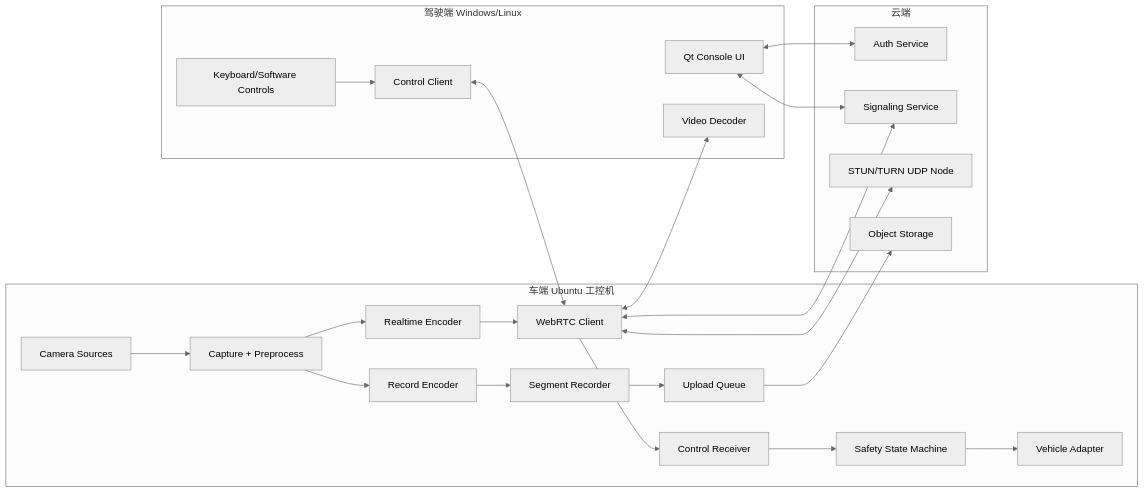
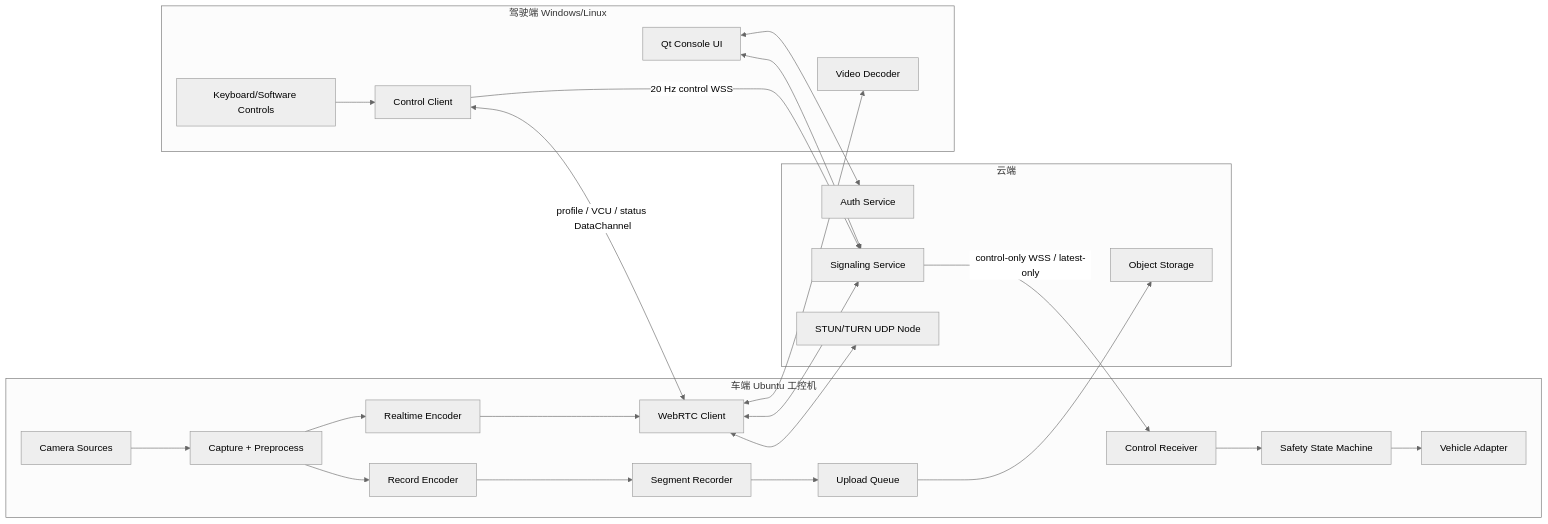
One commit to JR-Rong/MineTeleop changed the diagram in docs/02-system-architecture.md. Above: the diagram before and after it, drawn with Mermaid (neutral theme). The commit also changed other lines of this file and 34 other files, not shown here.

````diff
--- a/docs/02-system-architecture.md
+++ b/docs/02-system-architecture.md
@@ -12,47 +12,48 @@
 ```mermaid
 flowchart LR
   subgraph Vehicle["车端 Ubuntu 工控机"]
     Cameras["Camera Sources"]
     Capture["Capture + Preprocess"]
     RealtimeEnc["Realtime Encoder"]
     RecordEnc["Record Encoder"]
     WebRTCClient["WebRTC Client"]
     ControlRx["Control Receiver"]
     VehicleAdapter["Vehicle Adapter"]
     Safety["Safety State Machine"]
     Recorder["Segment Recorder"]
     Uploader["Upload Queue"]
   end
 
   subgraph Cloud["云端"]
     Auth["Auth Service"]
     Signaling["Signaling Service"]
     Turn["STUN/TURN UDP Node"]
     Storage["Object Storage"]
   end
 
   subgraph Driver["驾驶端 Windows/Linux"]
     UI["Qt Console UI"]
     Decoder["Video Decoder"]
     Input["Keyboard/Software Controls"]
     ControlClient["Control Client"]
   end
 
   Cameras --> Capture
   Capture --> RealtimeEnc
   Capture --> RecordEnc
   RealtimeEnc --> WebRTCClient
   RecordEnc --> Recorder
   Recorder --> Uploader
   Uploader --> Storage
   WebRTCClient <--> Turn
   WebRTCClient <--> Decoder
   Input --> ControlClient
-  ControlClient <--> WebRTCClient
-  WebRTCClient --> ControlRx
+  ControlClient -->|"20 Hz control WSS"| Signaling
+  Signaling -->|"control-only WSS / latest-only"| ControlRx
+  ControlClient <-->|"profile / VCU / status DataChannel"| WebRTCClient
   ControlRx --> Safety
   Safety --> VehicleAdapter
   UI <--> Auth
   UI <--> Signaling
   WebRTCClient <--> Signaling
 ```
````
